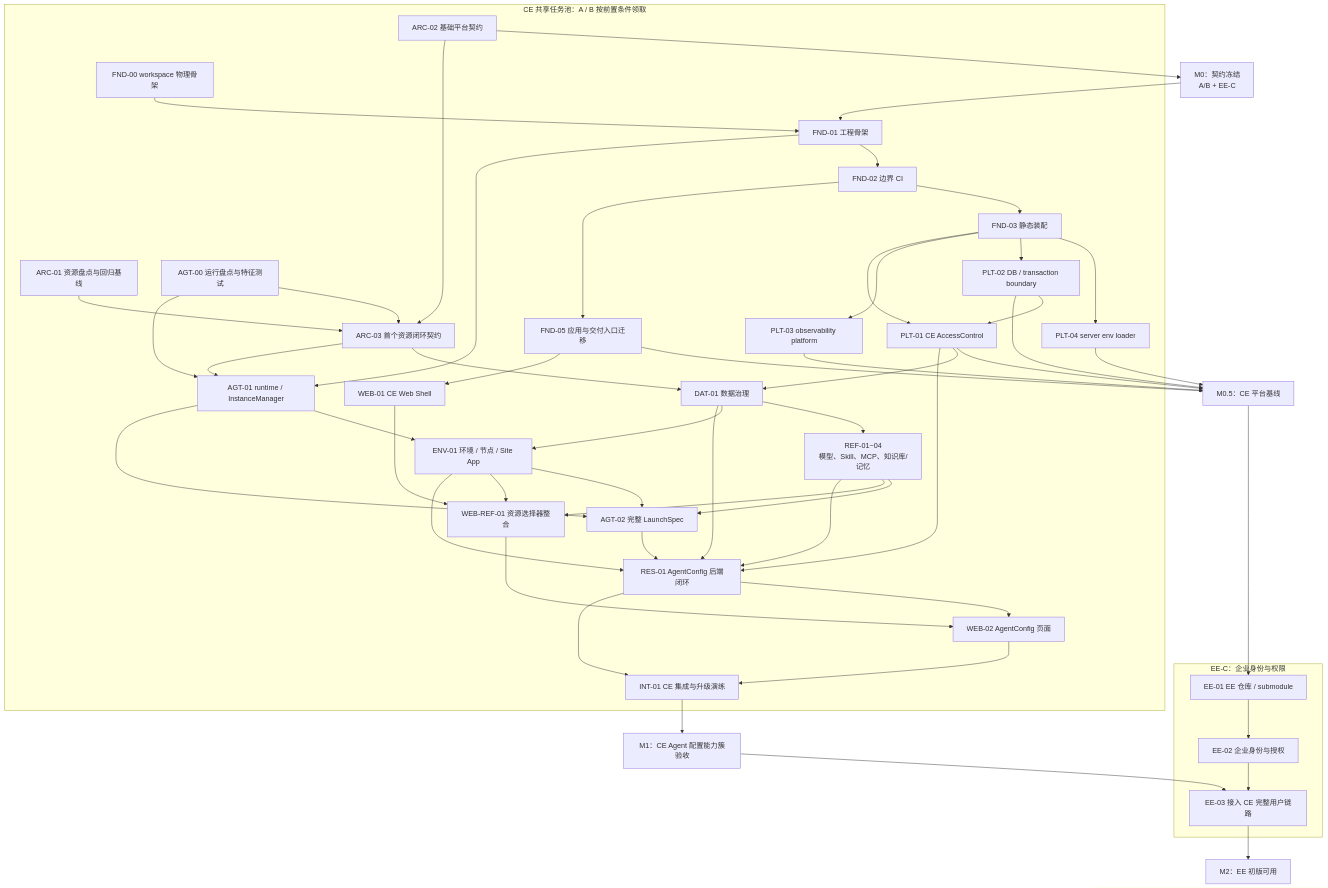
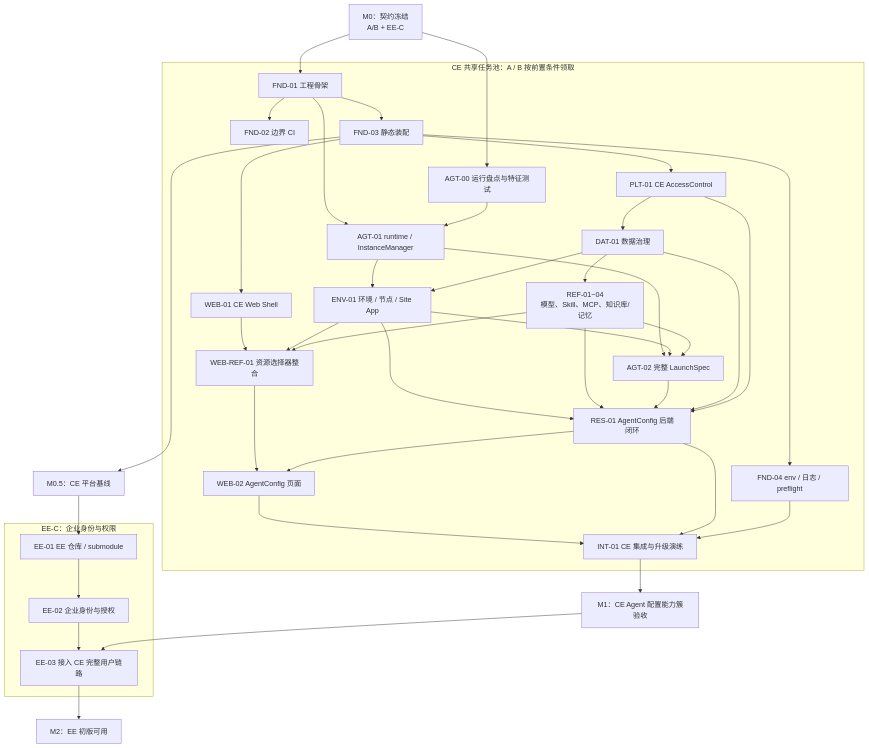
The diagram in docs/design/ce-ee-refactoring-collaboration-plan.md (HuangPuStar/FenixAgent), drawn with Mermaid before and after one commit. The commit also changed other lines of this file and 1 other file, not shown here.

```diff
--- a/docs/design/ce-ee-refactoring-collaboration-plan.md
+++ b/docs/design/ce-ee-refactoring-collaboration-plan.md
@@ -75,19 +37,12 @@
   m2["M2：EE 初版可用"]
 
   subgraph ce["CE 共享任务池：A / B 按前置条件领取"]
-    arc1["ARC-01 资源盘点与回归基线"]
-    arc2["ARC-02 基础平台契约"]
-    arc3["ARC-03 首个资源闭环契约"]
-    fnd0["FND-00 workspace 物理骨架"]
     fnd1["FND-01 工程骨架"]
     fnd2["FND-02 边界 CI"]
     fnd3["FND-03 静态装配"]
-    plt4["PLT-04 server env loader"]
-    fnd5["FND-05 应用与交付入口迁移"]
+    fnd4["FND-04 env / 日志 / preflight"]
     agt00["AGT-00 运行盘点与特征测试"]
     plt["PLT-01 CE AccessControl"]
-    plt2["PLT-02 DB / transaction boundary"]
-    plt3["PLT-03 observability platform"]
     dat["DAT-01 数据治理"]
     agt1["AGT-01 runtime / InstanceManager"]
     refs["REF-01~04\n模型、Skill、MCP、知识库/记忆"]
@@ -106,31 +61,17 @@
     ee3["EE-03 接入 CE 完整用户链路"]
   end
 
-  arc2 --> m0
-  arc1 --> arc3
-  arc2 --> arc3
-  agt00 --> arc3
-  fnd0 --> fnd1
   m0 --> fnd1
+  m0 --> agt00
   fnd1 --> fnd2
-  fnd2 --> fnd3
-  fnd2 --> fnd5
-  fnd3 --> plt4
-  fnd3 --> plt2
-  fnd3 --> plt3
-  plt2 --> plt
+  fnd1 --> fnd3
+  fnd3 --> m05
+  fnd3 --> fnd4
   fnd3 --> plt
-  fnd5 --> m05
-  plt --> m05
-  plt2 --> m05
-  plt3 --> m05
-  plt4 --> m05
   plt --> dat
-  arc3 --> dat
   agt00 --> agt1
   fnd1 --> agt1
-  arc3 --> agt1
-  fnd5 --> web1
+  fnd3 --> web1
   dat --> refs
   dat --> env
   agt1 --> env
@@ -147,6 +88,7 @@
   env --> res
   res --> web2
   webref --> web2
+  fnd4 --> int
   res --> int
   web2 --> int
   int --> m1
```
